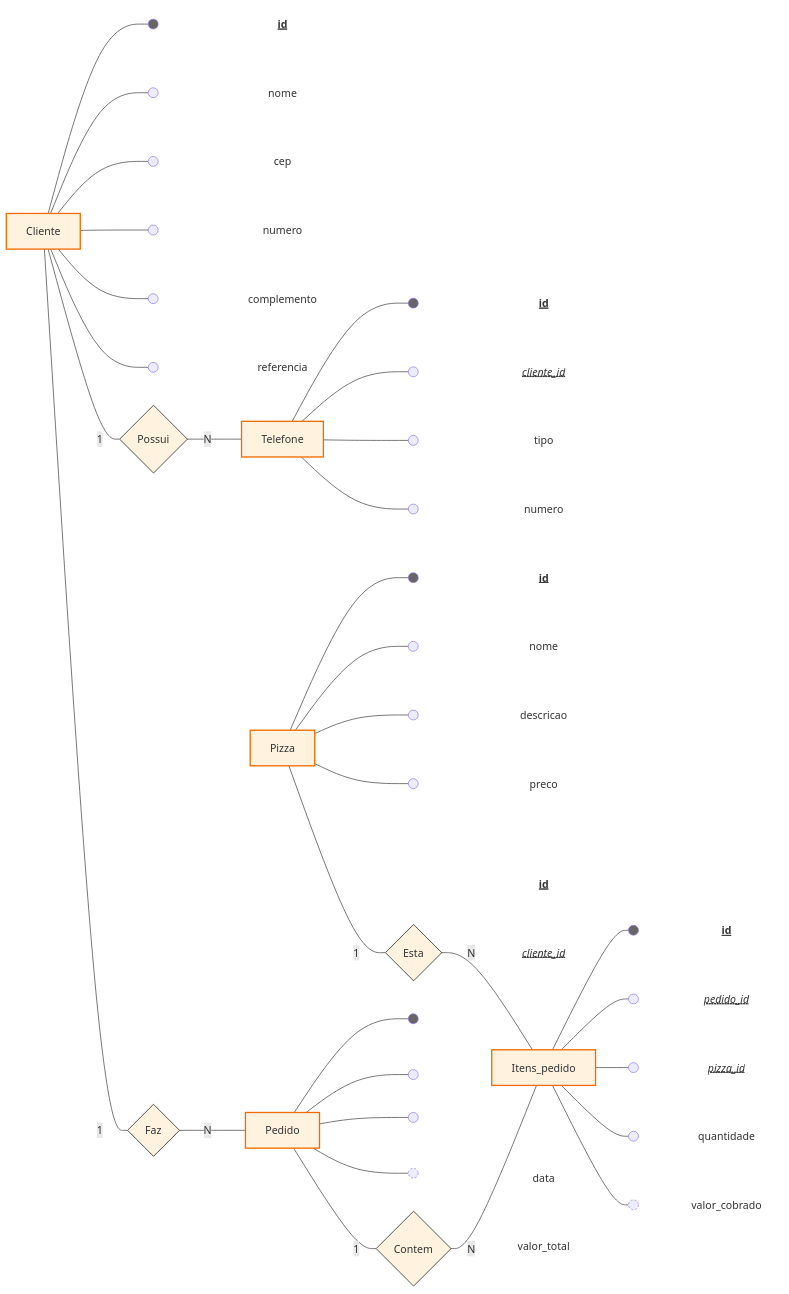
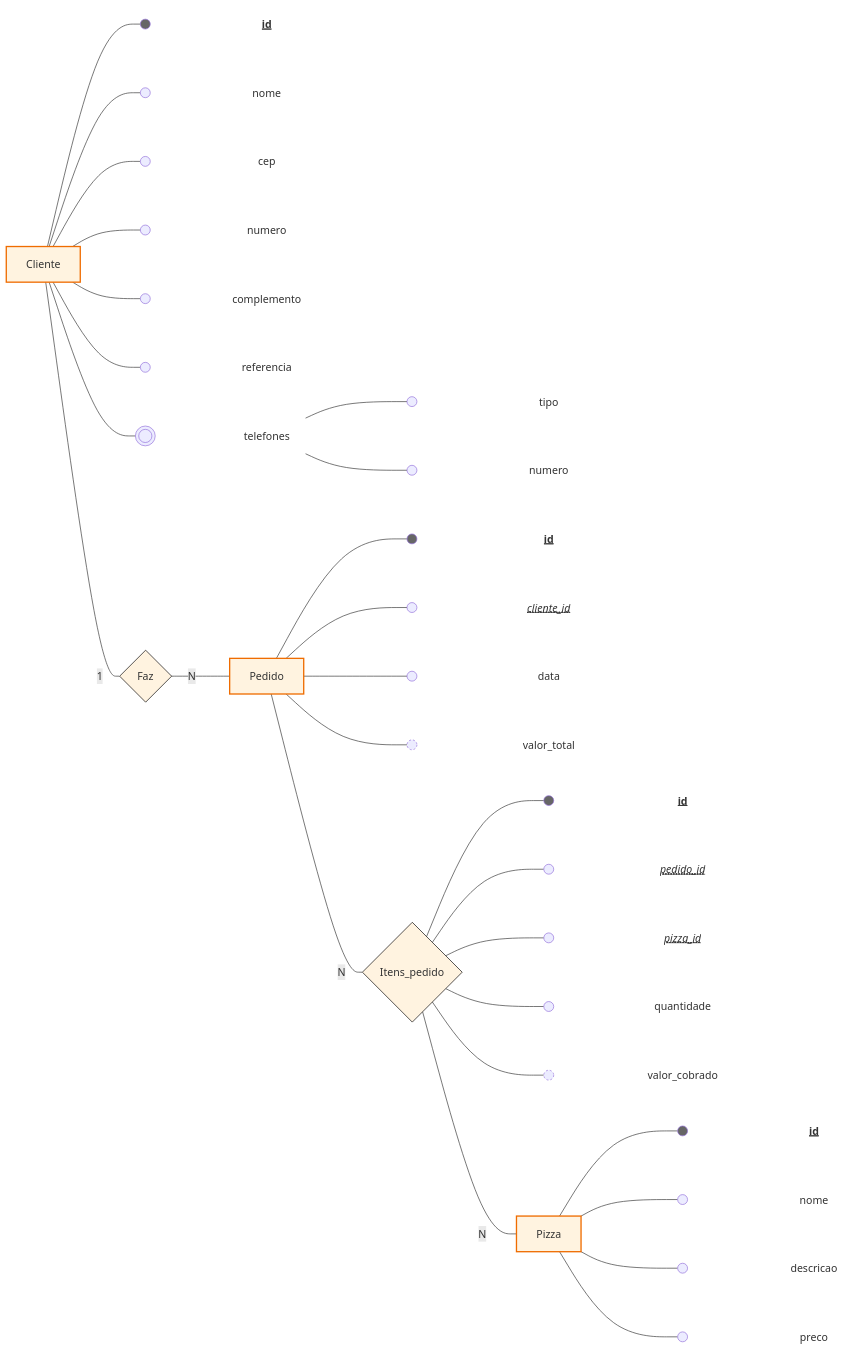
One commit to wellifabio/senai_pizzaria_mariadb_2026 changed the diagram in README.md. Above: the diagram before and after it, drawn with Mermaid.

````diff
--- a/README.md
+++ b/README.md
@@ -27,58 +27,53 @@
 ```mermaid
 flowchart LR
 
     %% Entidades e Atributos
     Cliente[Cliente]
     Cliente --- c1(( )) ~~~ t1[id]:::pk
     Cliente --- c2(( )) ~~~ t2[nome]
     Cliente --- c3(( )) ~~~ t3[cep]
     Cliente --- c4(( )) ~~~ t4[numero]
     Cliente --- c5(( )) ~~~ t5[complemento]
     Cliente --- c6(( )) ~~~ t6[referencia]
-
-    Telefone[Telefone]
-    Telefone --- c7(( )) ~~~ t7[id]:::pk
-    Telefone --- c8(( )) ~~~ t8[cliente_id]
-    Telefone --- c9(( )) ~~~ t9[tipo]
-    Telefone --- c10(( )) ~~~ t10[numero]
+    Cliente --- c7((( ))) ~~~ t7[telefones]
+    t7 --- c9(( )) ~~~ t9[tipo]
+    t7 --- c10(( )) ~~~ t10[numero]
 
     Pizza[Pizza]
     Pizza --- c11(( )) ~~~ t11[id]:::pk
     Pizza --- c12(( )) ~~~ t12[nome]
     Pizza --- c13(( )) ~~~ t13[descricao]
     Pizza --- c14(( )) ~~~ t14[preco]
 
     Pedido[Pedido]
     Pedido --- c15(( )) ~~~ t15[id]:::pk
     Pedido --- c16(( )) ~~~ t16[cliente_id]
     Pedido --- c17(( )) ~~~ t17[data]
     Pedido --- c18(( )) ~~~ t18[valor_total]
 
-    Itens_pedido[Itens_pedido]
+    Itens_pedido{Itens_pedido}
     Itens_pedido --- c19(( )) ~~~ t19[id]:::pk
     Itens_pedido --- c20(( )) ~~~ t20[pedido_id]
     Itens_pedido --- c21(( )) ~~~ t21[pizza_id]
     Itens_pedido --- c22(( )) ~~~ t22[quantidade]
     Itens_pedido --- c23(( )) ~~~ t23[valor_cobrado]
     
     %% Relacionamentos
-    Cliente ---|1| Possui{Possui} ---|N| Telefone
     Cliente ---|1| Faz{Faz} ---|N| Pedido
-    Pedido ---|1| Contem{Contem} ---|N| Itens_pedido
-    Pizza ---|1| Esta{Esta} ---|N| Itens_pedido
+    Pedido ---|N| Itens_pedido{Itens_pedido} ---|N| Pizza
 
     %% Estilização
     classDef pk font-weight:bold,text-decoration:underline;
     classDef pk_escuro fill:#666666;
     classDef fk font-style:italic,text-decoration:underline dotted;
     classDef entidades fill:#fff3e0,stroke:#ef6c00,stroke-width:2px;
     classDef derivados stroke-dasharray: 3 3;
     classDef relacionamentos fill:#fff3e0,stroke:#000000,stroke-width:1px;
     classDef atributos fill:none,stroke:none;
-    class t1,t2,t3,t4,t5,t6,t7,t8,t9,t10,t11,t12,t13,t14,t15,t16,t17,t18,t19,t20,t21,t22,t23 atributos;
-    class t8,t16,t20,t21 fk;
-    class c1,c7,c11,c15,c19 pk_escuro;
+    class t1,t2,t3,t4,t5,t6,t7,t9,t10,t11,t12,t13,t14,t15,t16,t17,t18,t19,t20,t21,t22,t23 atributos;
+    class t16,t20,t21 fk;
+    class c1,c11,c15,c19 pk_escuro;
     class c23,c18 derivados;
-    class Cliente,Telefone,Pizza,Pedido,Itens_pedido entidades
-    class Possui,Faz,Contem,Esta relacionamentos
+    class Cliente,Telefone,Pizza,Pedido entidades
+    class Possui,Faz,Itens_pedido relacionamentos
 ```
````
